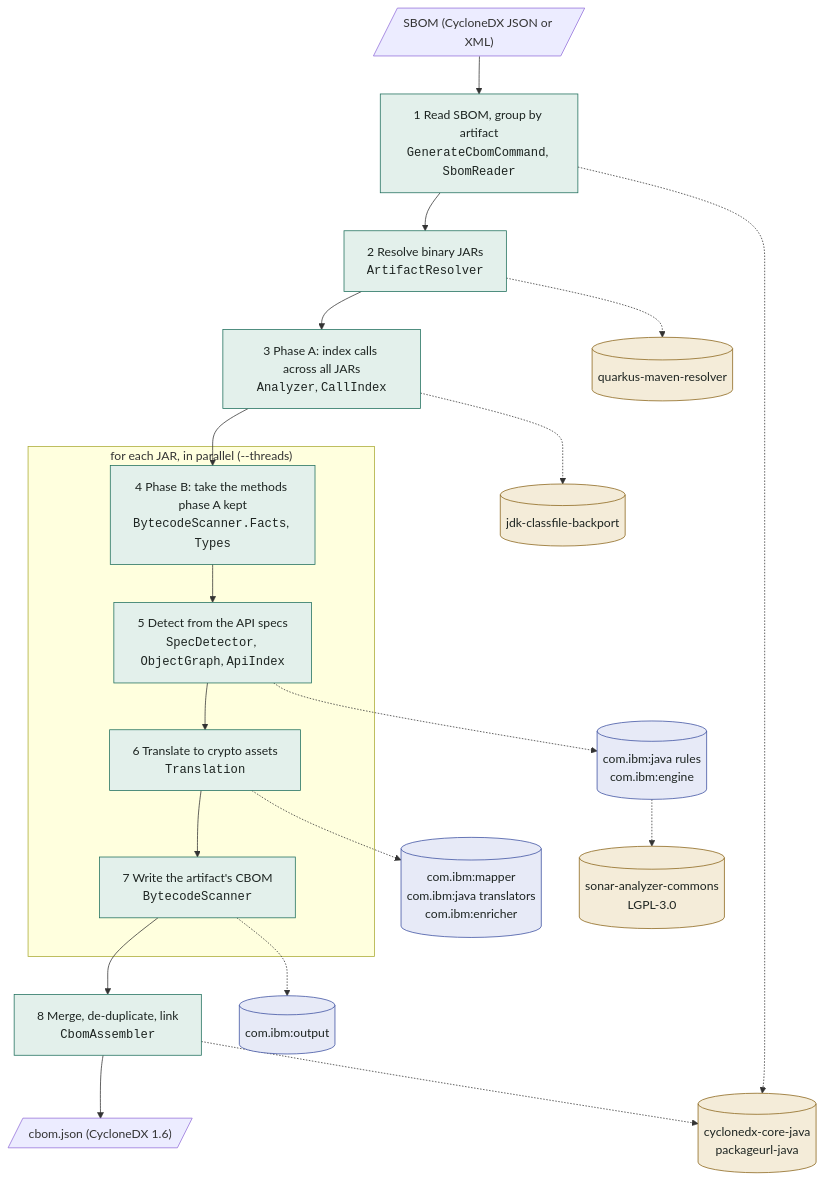
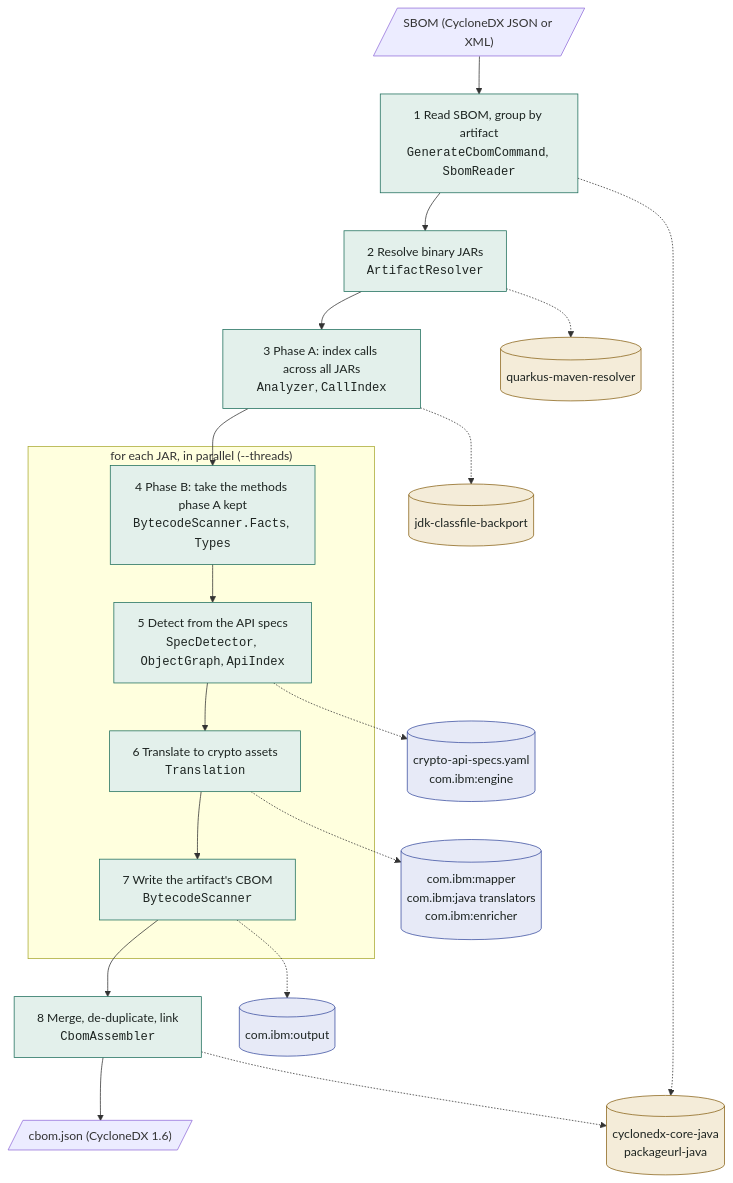
The diagram in docs/architecture.md (aloubyansky/cryptid), drawn with Mermaid before and after one commit. The commit also changed 23 other files, not shown here.

````diff
--- a/docs/architecture.md
+++ b/docs/architecture.md
@@ -35,39 +35,37 @@
 ```mermaid
 flowchart TB
   sbom[/"SBOM (CycloneDX JSON or XML)"/]
   s1["1 Read SBOM, group by artifact<br/><code>GenerateCbomCommand</code>, <code>SbomReader</code>"]
   s2["2 Resolve binary JARs<br/><code>ArtifactResolver</code>"]
   s3["3 Phase A: index calls across all JARs<br/><code>Analyzer</code>, <code>CallIndex</code>"]
   subgraph perjar["for each JAR, in parallel (--threads)"]
     s4["4 Phase B: take the methods phase A kept<br/><code>BytecodeScanner.Facts</code>, <code>Types</code>"]
     s5["5 Detect from the API specs<br/><code>SpecDetector</code>, <code>ObjectGraph</code>, <code>ApiIndex</code>"]
     s6["6 Translate to crypto assets<br/><code>Translation</code>"]
     s7["7 Write the artifact's CBOM<br/><code>BytecodeScanner</code>"]
   end
   s8["8 Merge, de-duplicate, link<br/><code>CbomAssembler</code>"]
   cbom[/"cbom.json (CycloneDX 1.6)"/]
   sbom --> s1 --> s2 --> s3 --> s4 --> s5 --> s6 --> s7 --> s8 --> cbom
 
   cdx[("cyclonedx-core-java<br/>packageurl-java")]
   mvn[("quarkus-maven-resolver")]
   cf[("jdk-classfile-backport")]
-  rules[("com.ibm:java rules<br/>com.ibm:engine")]
-  sac[("sonar-analyzer-commons<br/>LGPL-3.0")]
+  rules[("crypto-api-specs.yaml<br/>com.ibm:engine")]
   mapper[("com.ibm:mapper<br/>com.ibm:java translators<br/>com.ibm:enricher")]
   out[("com.ibm:output")]
   s1 -.-> cdx
   s2 -.-> mvn
   s3 -.-> cf
   s5 -.-> rules
-  rules -.-> sac
   s6 -.-> mapper
   s7 -.-> out
   s8 -.-> cdx
 
   classDef ours fill:#e3f0eb,stroke:#1f6f5c,color:#1d2421
   classDef ibm fill:#e7eaf7,stroke:#3b4fa0,color:#1d2421
   classDef lib fill:#f4ecd9,stroke:#8a6418,color:#1d2421
   class s1,s2,s3,s4,s5,s6,s7,s8 ours
   class rules,mapper,out ibm
-  class cdx,mvn,cf,sac lib
+  class cdx,mvn,cf lib
 ```
````
